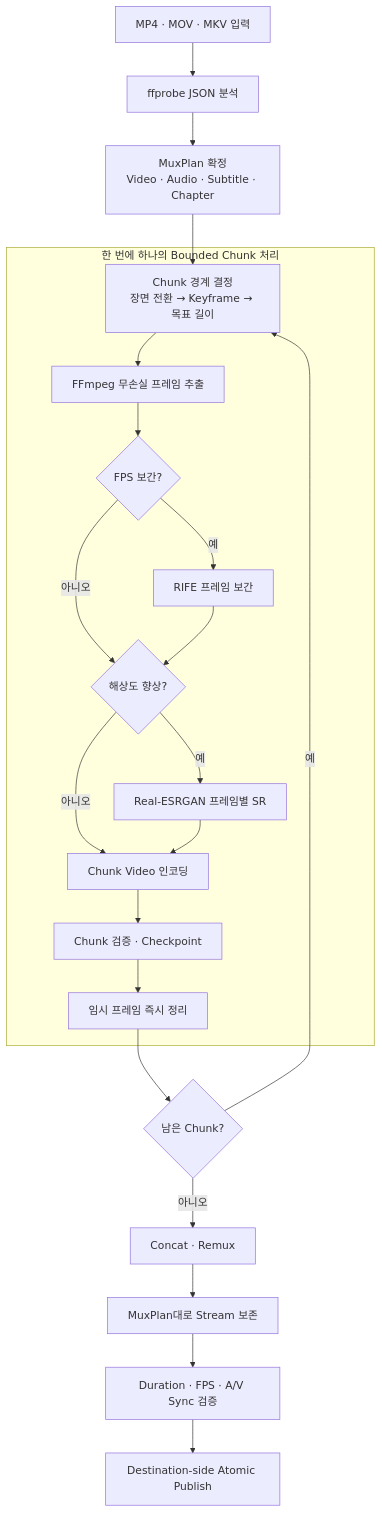
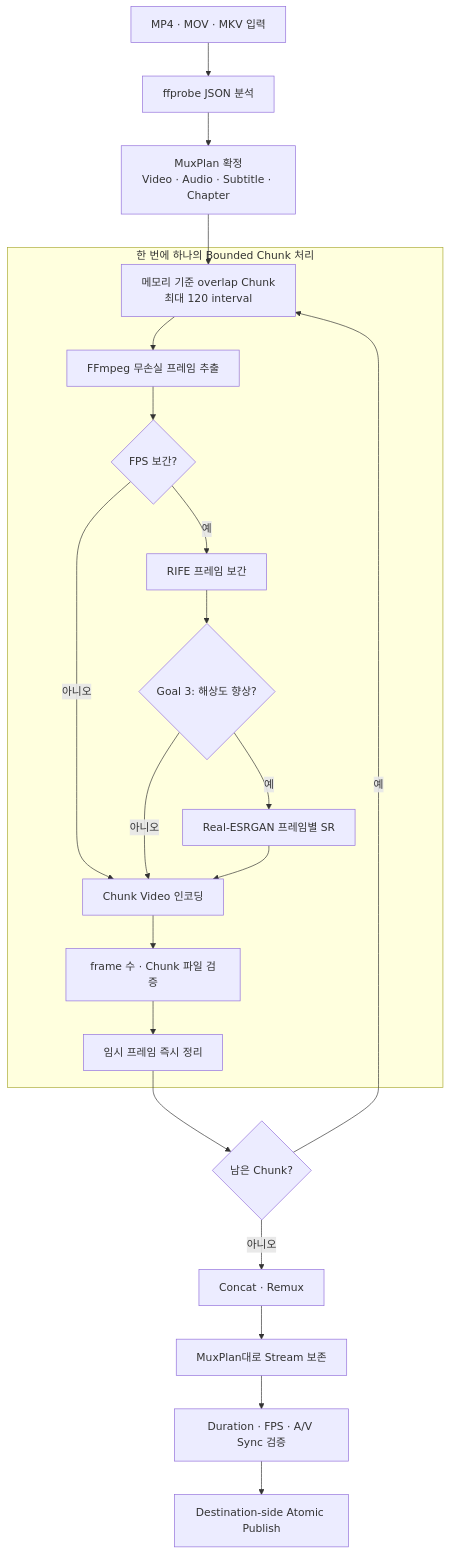
Before and after one commit to zooslab/zoos-upscale: the fourth of 9 diagrams in ARCHITECTURE.md, drawn with Mermaid. The commit also changed other lines of this file and 1 other file, not shown here.

Commit message:
docs: Goal 2 구현 현황 반영

````diff
--- a/ARCHITECTURE.md
+++ b/ARCHITECTURE.md
@@ -187,26 +194,26 @@
 ```mermaid
 flowchart TB
     INPUT["MP4 · MOV · MKV 입력"] --> PROBE["ffprobe JSON 분석"]
     PROBE --> MUXPLAN["MuxPlan 확정<br/>Video · Audio · Subtitle · Chapter"]
-    MUXPLAN --> BOUNDARY["Chunk 경계 결정<br/>장면 전환 → Keyframe → 목표 길이"]
+    MUXPLAN --> BOUNDARY["메모리 기준 overlap Chunk<br/>최대 120 interval"]
 
     subgraph LOOP["한 번에 하나의 Bounded Chunk 처리"]
         BOUNDARY --> EXTRACT["FFmpeg 무손실 프레임 추출"]
         EXTRACT --> INTERPOLATE{"FPS 보간?"}
         INTERPOLATE -->|"예"| RIFE["RIFE 프레임 보간"]
-        INTERPOLATE -->|"아니오"| UPSCALE
-        RIFE --> UPSCALE{"해상도 향상?"}
+        INTERPOLATE -->|"아니오"| ENCODE
+        RIFE --> UPSCALE{"Goal 3: 해상도 향상?"}
         UPSCALE -->|"예"| ESR["Real-ESRGAN 프레임별 SR"]
         UPSCALE -->|"아니오"| ENCODE
         ESR --> ENCODE["Chunk Video 인코딩"]
-        ENCODE --> VERIFY["Chunk 검증 · Checkpoint"]
+        ENCODE --> VERIFY["frame 수 · Chunk 파일 검증"]
         VERIFY --> CLEAN["임시 프레임 즉시 정리"]
     end
 
     CLEAN --> MORE{"남은 Chunk?"}
     MORE -->|"예"| BOUNDARY
     MORE -->|"아니오"| CONCAT["Concat · Remux"]
     CONCAT --> STREAMS["MuxPlan대로 Stream 보존"]
     STREAMS --> AV["Duration · FPS · A/V Sync 검증"]
     AV --> PUBLISH["Destination-side Atomic Publish"]
 ```
````
